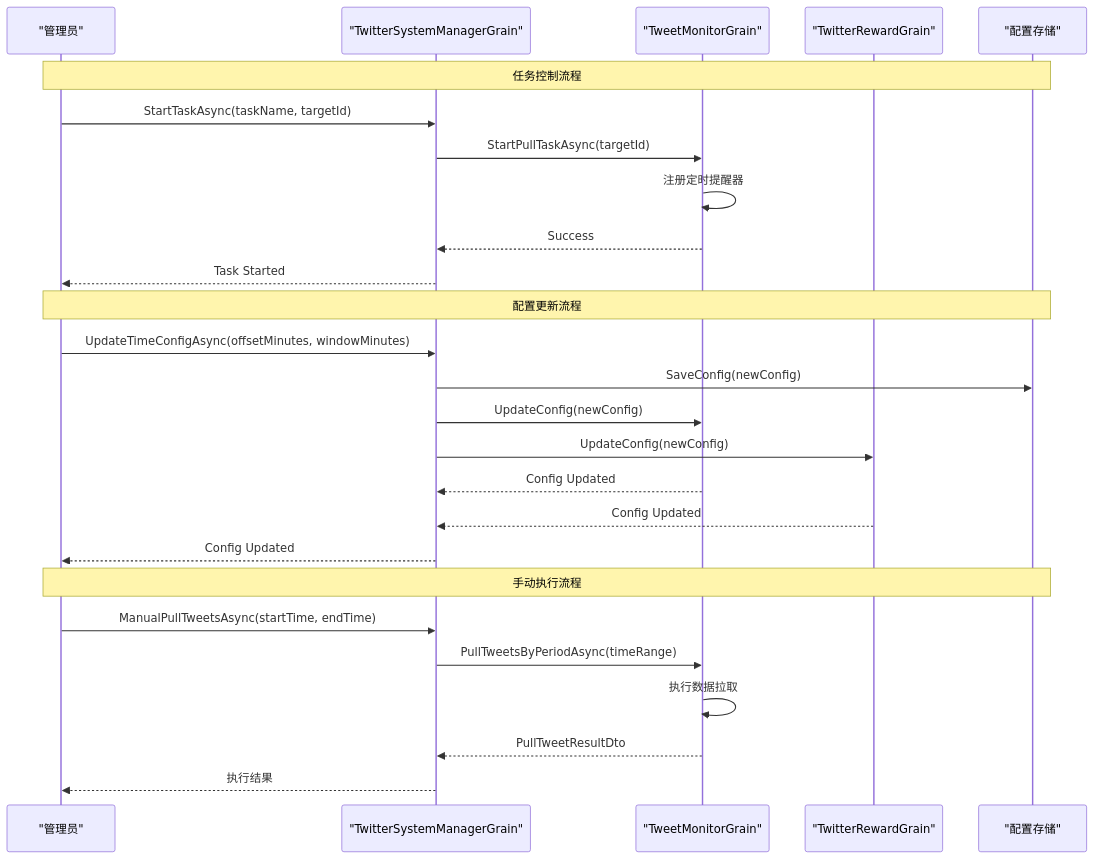
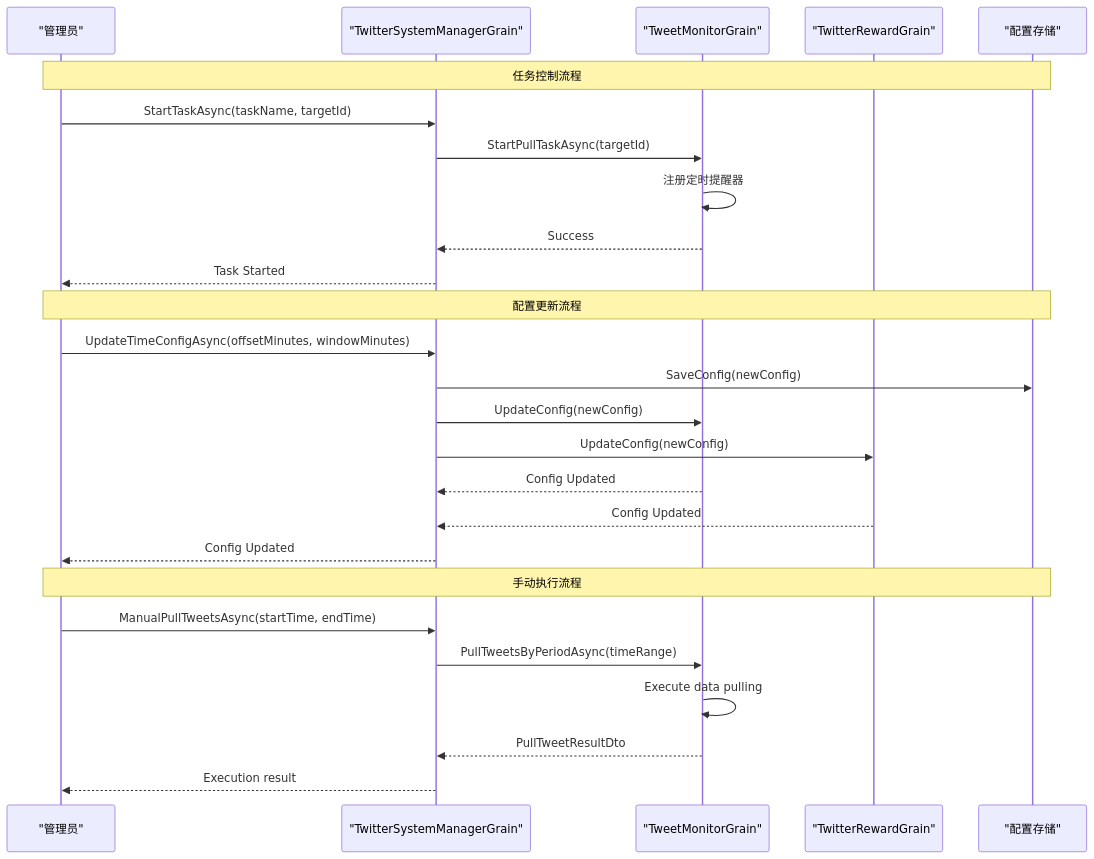
Before and after one commit to aevatarAI/godgpt: the fourth of 6 diagrams in docs/requirements/req-003-twitter-credits-reward.md, drawn with Mermaid. The commit also changed other lines of this file, not shown here.

````diff
--- a/docs/requirements/req-003-twitter-credits-reward.md
+++ b/docs/requirements/req-003-twitter-credits-reward.md
@@ -973,31 +973,31 @@
 ```mermaid
 sequenceDiagram
     participant Admin as "管理员"
     participant TSM as "TwitterSystemManagerGrain"
     participant TMG as "TweetMonitorGrain"
     participant TRG as "TwitterRewardGrain"
     participant Config as "配置存储"
 
     Note over Admin,Config: 任务控制流程
     Admin->>TSM: StartTaskAsync(taskName, targetId)
     TSM->>TMG: StartPullTaskAsync(targetId)
     TMG->>TMG: 注册定时提醒器
     TMG-->>TSM: Success
     TSM-->>Admin: Task Started
     
     Note over Admin,Config: 配置更新流程
     Admin->>TSM: UpdateTimeConfigAsync(offsetMinutes, windowMinutes)
     TSM->>Config: SaveConfig(newConfig)
     TSM->>TMG: UpdateConfig(newConfig)
     TSM->>TRG: UpdateConfig(newConfig)
     TMG-->>TSM: Config Updated
     TRG-->>TSM: Config Updated
     TSM-->>Admin: Config Updated
     
     Note over Admin,Config: 手动执行流程
     Admin->>TSM: ManualPullTweetsAsync(startTime, endTime)
     TSM->>TMG: PullTweetsByPeriodAsync(timeRange)
-    TMG->>TMG: 执行数据拉取
+    TMG->>TMG: Execute data pulling
     TMG-->>TSM: PullTweetResultDto
-    TSM-->>Admin: 执行结果
+    TSM-->>Admin: Execution result
 ```
````
